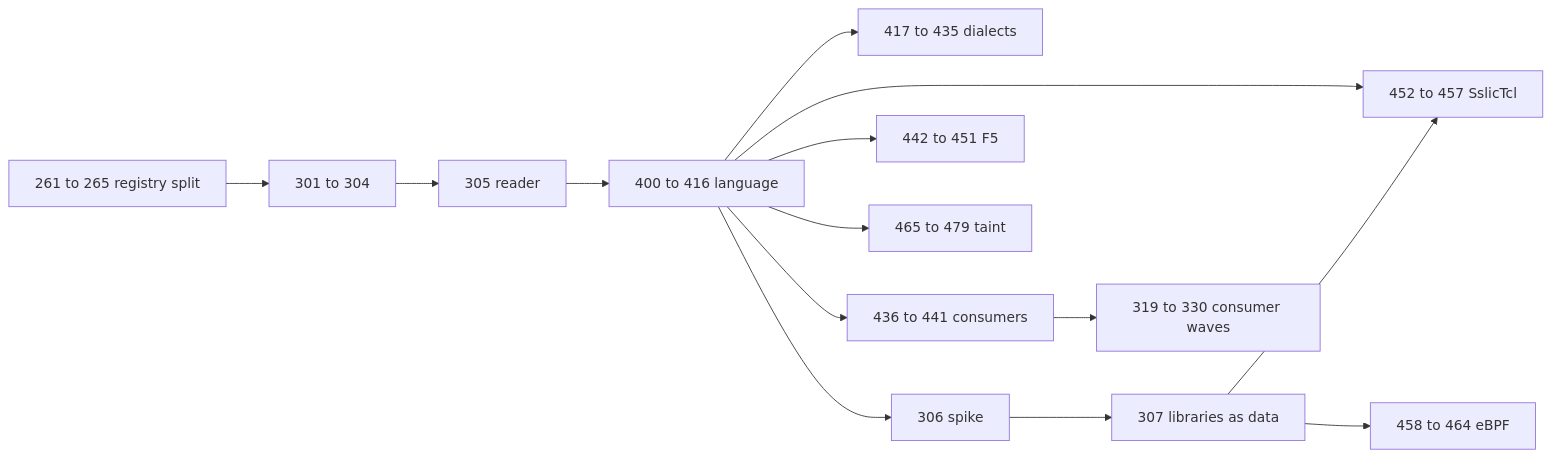
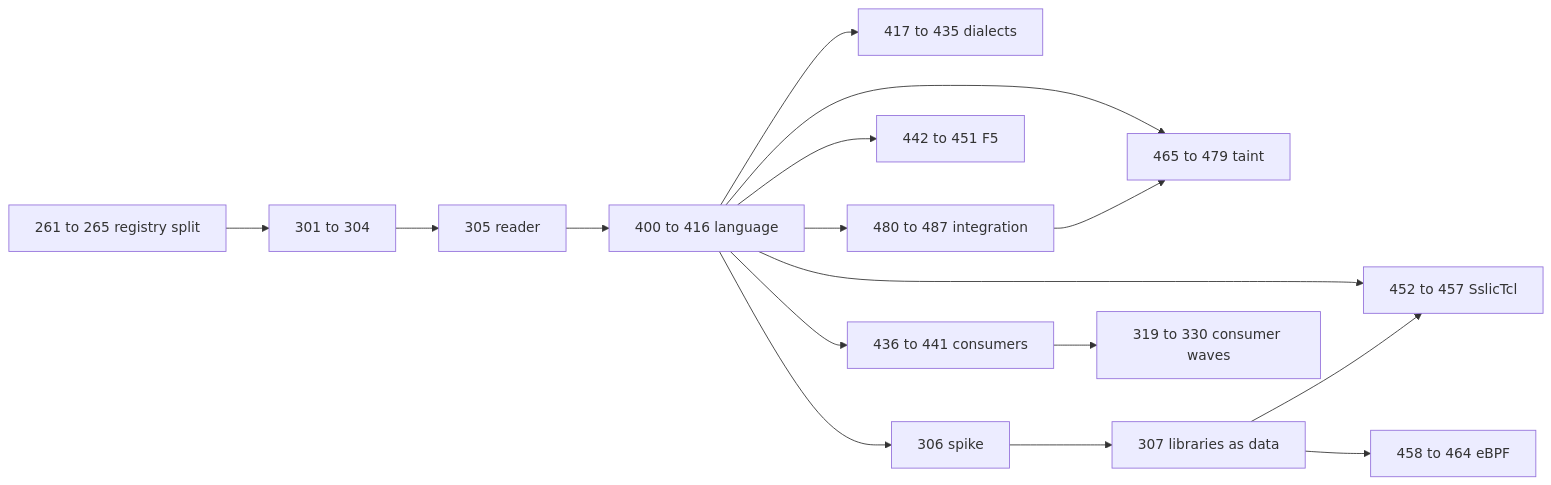
The diagram in docs/design/registry/spectcl-3/12-plan-crosswalk.md (bitwisecook/tcl-lsp), drawn with Mermaid before and after one commit. The commit also changed other lines of this file and 4 other files, not shown here.

````diff
--- a/docs/design/registry/spectcl-3/12-plan-crosswalk.md
+++ b/docs/design/registry/spectcl-3/12-plan-crosswalk.md
@@ -25,16 +28,18 @@
 ```mermaid
 flowchart LR
   split["261 to 265 registry split"] --> model["301 to 304"]
   model --> s305["305 reader"]
   s305 --> lang["400 to 416 language"]
   lang --> dia["417 to 435 dialects"]
   lang --> cons["436 to 441 consumers"]
   lang --> f5["442 to 451 F5"]
   lang --> ssl["452 to 457 SslicTcl"]
   lang --> taint["465 to 479 taint"]
   s306["306 spike"] --> s307["307 libraries as data"]
   lang --> s306
   s307 --> ebpf["458 to 464 eBPF"]
+  lang --> integ["480 to 487 integration"]
+  integ --> taint
   s307 --> ssl
   cons --> waves["319 to 330 consumer waves"]
 ```
````
